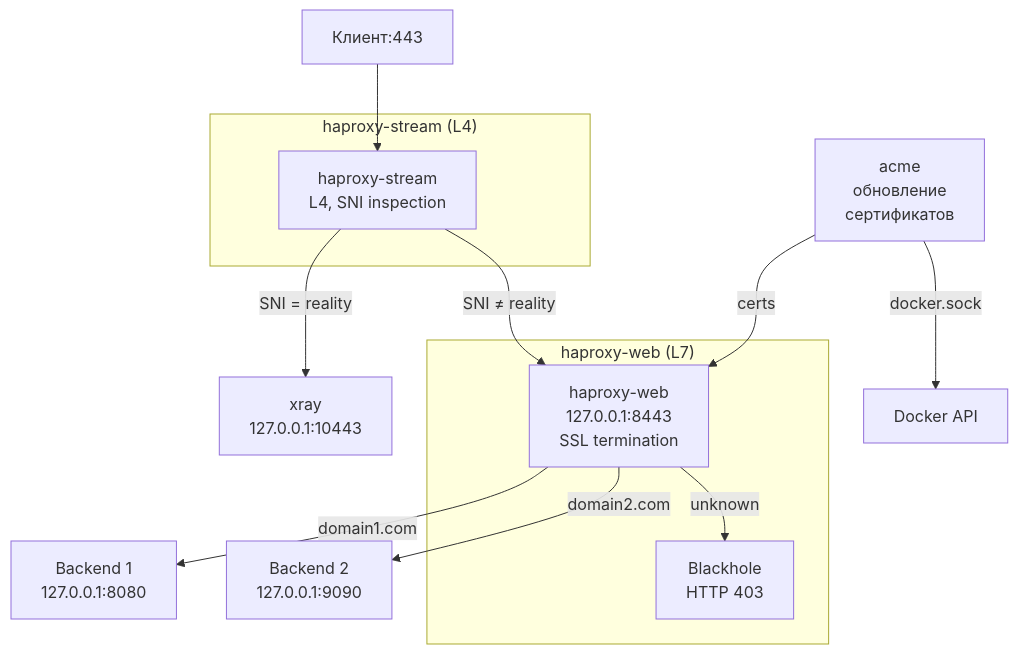
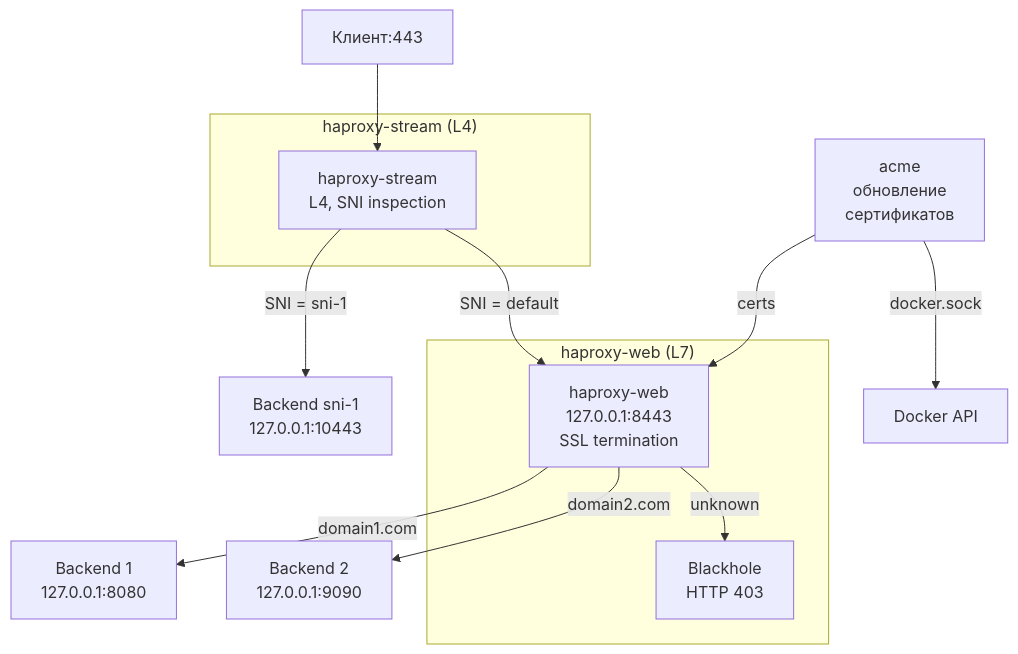
Before and after one commit to thegrayfoxxx/configs: the diagram in haproxy/README.md, drawn with Mermaid. The commit also changed other lines of this file, not shown here.

First line of the commit message:
docs(haproxy): wave 5 — README for v3 model, GUI sections, pickers, presets

````diff
--- a/haproxy/README.md
+++ b/haproxy/README.md
@@ -37,23 +39,23 @@
 ```mermaid
 flowchart TB
     CLIENT["Клиент:443"] --> STREAM["haproxy-stream<br/>L4, SNI inspection"]
 
-    STREAM -->|SNI = reality| XRAY["xray<br/>127.0.0.1:10443"]
-    STREAM -->|SNI ≠ reality| WEB["haproxy-web<br/>127.0.0.1:8443<br/>SSL termination"]
+    STREAM -->|SNI = sni-1| BK1["Backend sni-1<br/>127.0.0.1:10443"]
+    STREAM -->|SNI = default| WEB["haproxy-web<br/>127.0.0.1:8443<br/>SSL termination"]
 
     WEB -->|domain1.com| BE1["Backend 1<br/>127.0.0.1:8080"]
     WEB -->|domain2.com| BE2["Backend 2<br/>127.0.0.1:9090"]
     WEB -->|unknown| BLACKHOLE["Blackhole<br/>HTTP 403"]
 
     ACME["acme<br/>обновление<br/>сертификатов"] -->|certs| WEB
     ACME -->|docker.sock| DOCKER["Docker API"]
 
     subgraph "haproxy-stream (L4)"
         STREAM
     end
 
     subgraph "haproxy-web (L7)"
         WEB
         BLACKHOLE
     end
 ```
````
